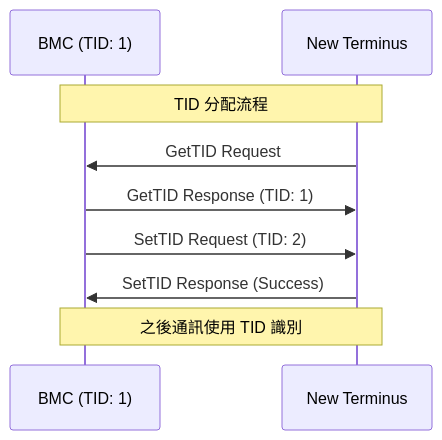
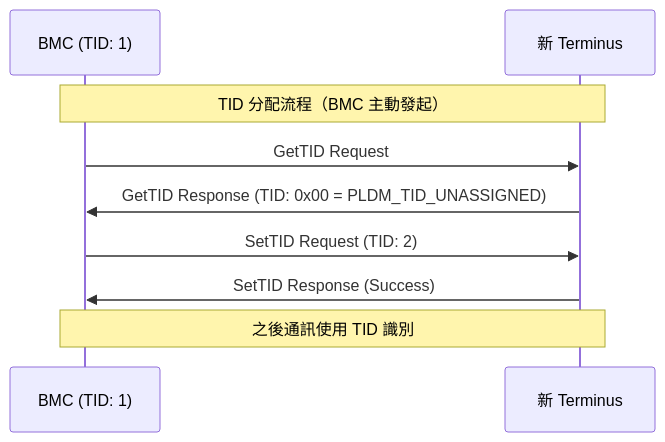
The fourth of 6 diagrams in pldm/PLDMOverview.md (chilung-cgu/bmc-firmware-knowledge-base), drawn with Mermaid before and after one commit. The commit also changed other lines of this file and 6 other files, not shown here.

````diff
--- a/pldm/PLDMOverview.md
+++ b/pldm/PLDMOverview.md
@@ -248,13 +248,13 @@
 ```mermaid
 sequenceDiagram
     participant BMC as BMC (TID: 1)
-    participant New as New Terminus
+    participant New as 新 Terminus
 
-    Note over BMC,New: TID 分配流程
-    New->>BMC: GetTID Request
-    BMC->>New: GetTID Response (TID: 1)
+    Note over BMC,New: TID 分配流程（BMC 主動發起）
+    BMC->>New: GetTID Request
+    New->>BMC: GetTID Response (TID: 0x00 = PLDM_TID_UNASSIGNED)
     BMC->>New: SetTID Request (TID: 2)
     New->>BMC: SetTID Response (Success)
 
     Note over BMC,New: 之後通訊使用 TID 識別
 ```
````
